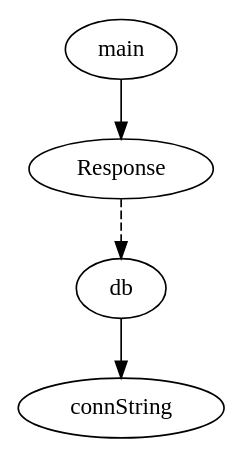
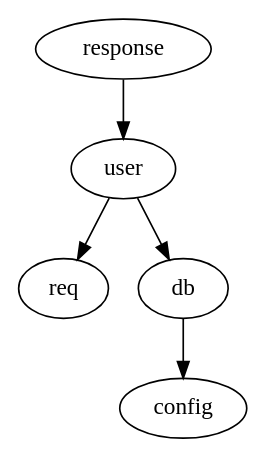
The diagram in src/examples/web.dot (eldargab/dar-container-talk-slides), drawn with Graphviz before and after one commit. The commit also changed 40 other files, not shown here.

```diff
--- a/src/examples/web.dot
+++ b/src/examples/web.dot
@@ -1,5 +1,10 @@
 digraph web {
-  main -> Response
-  Response -> db [style="dashed"]
-  db -> connString
+  response[class="red"]
+  user[class="red"]
+  req[class="red"]
+  db[class="green"]
+  response -> user [class="red"]
+  user -> req [class="red"]
+  user -> db [class="green"]
+  db -> config
 }
```
